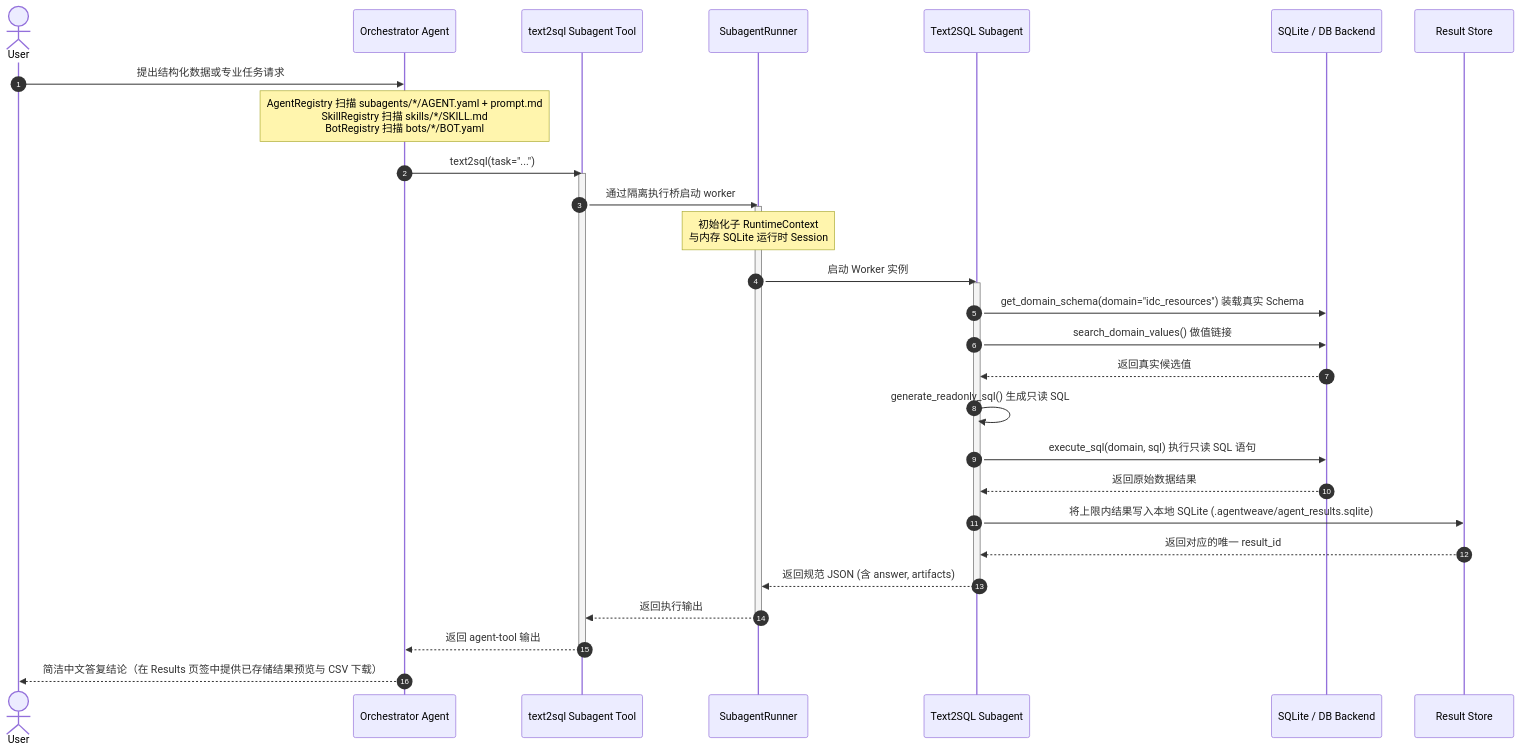
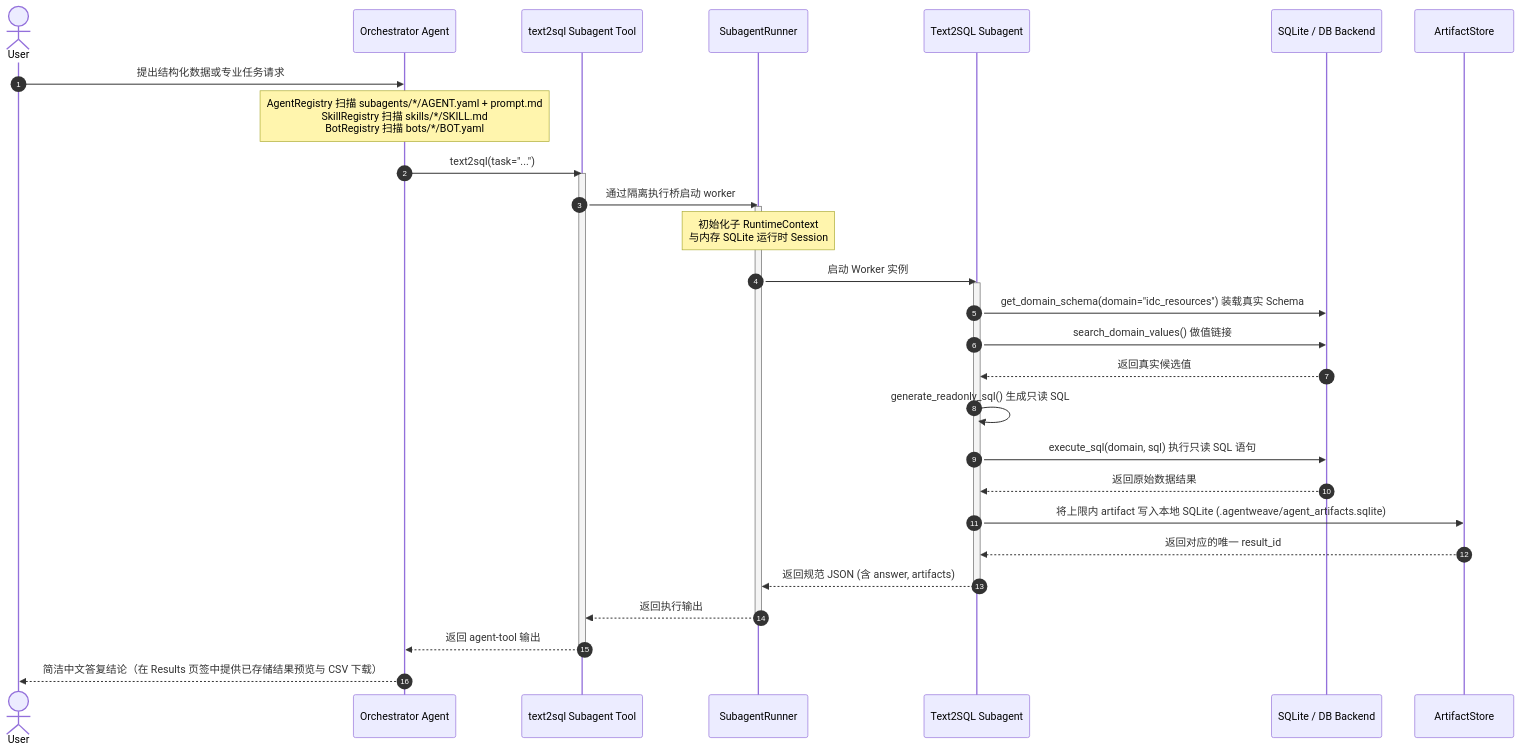
Before and after one commit to chick26/agentweave: the diagram in README.zh-CN.md, drawn with Mermaid. The commit also changed other lines of this file and 69 other files, not shown here.

````diff
--- a/README.zh-CN.md
+++ b/README.zh-CN.md
@@ -9,37 +9,37 @@
 ```mermaid
 sequenceDiagram
     autonumber
     actor User
     participant Orchestrator as Orchestrator Agent
     participant AgentTool as text2sql Subagent Tool
     participant Runner as SubagentRunner
     participant Worker as Text2SQL Subagent
     participant DB as SQLite / DB Backend
-    participant Store as Result Store
+    participant Store as ArtifactStore
 
     User->>Orchestrator: 提出结构化数据或专业任务请求
     Note over Orchestrator: AgentRegistry 扫描 subagents/*/AGENT.yaml + prompt.md<br/>SkillRegistry 扫描 skills/*/SKILL.md<br/>BotRegistry 扫描 bots/*/BOT.yaml
     Orchestrator->>AgentTool: text2sql(task="...")
     activate AgentTool
     AgentTool->>Runner: 通过隔离执行桥启动 worker
     activate Runner
     Note over Runner: 初始化子 RuntimeContext<br/>与内存 SQLite 运行时 Session
     Runner->>Worker: 启动 Worker 实例
     activate Worker
 
     Worker->>DB: get_domain_schema(domain="idc_resources") 装载真实 Schema
     Worker->>DB: search_domain_values() 做值链接
     DB-->>Worker: 返回真实候选值
     Worker->>Worker: generate_readonly_sql() 生成只读 SQL
     Worker->>DB: execute_sql(domain, sql) 执行只读 SQL 语句
     DB-->>Worker: 返回原始数据结果
-    Worker->>Store: 将上限内结果写入本地 SQLite (.agentweave/agent_results.sqlite)
+    Worker->>Store: 将上限内 artifact 写入本地 SQLite (.agentweave/agent_artifacts.sqlite)
     Store-->>Worker: 返回对应的唯一 result_id
     Worker-->>Runner: 返回规范 JSON (含 answer, artifacts)
     deactivate Worker
     Runner-->>AgentTool: 返回执行输出
     deactivate Runner
     AgentTool-->>Orchestrator: 返回 agent-tool 输出
     deactivate AgentTool
     Orchestrator-->>User: 简洁中文答复结论（在 Results 页签中提供已存储结果预览与 CSV 下载）
 ```
````
